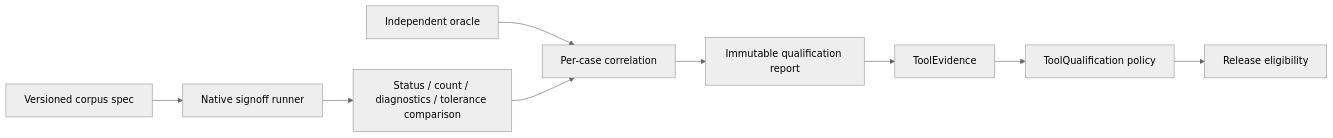
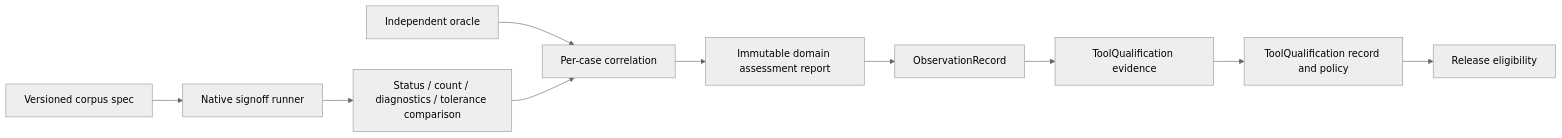
One commit to 1amageek/ElectricalSignoffEngine changed the diagram in DESIGN.md. Above: the diagram before and after it, drawn with Mermaid (neutral theme).

Commit message:
Clarify signoff assessment ownership

````diff
--- a/DESIGN.md
+++ b/DESIGN.md
@@ -56,11 +56,12 @@
 ```mermaid
 flowchart LR
   Spec[Versioned corpus spec] --> Native[Native signoff runner]
   Native --> Expected[Status / count / diagnostics / tolerance comparison]
   Oracle[Independent oracle] --> Agreement[Per-case correlation]
   Expected --> Agreement
-  Agreement --> Report[Immutable qualification report]
-  Report --> Evidence[ToolEvidence]
-  Evidence --> Trust[ToolQualification policy]
+  Agreement --> Report[Immutable domain assessment report]
+  Report --> Observation[ObservationRecord]
+  Observation --> Evidence[ToolQualification evidence]
+  Evidence --> Trust[ToolQualification record and policy]
   Trust --> Release[Release eligibility]
 ```
````
